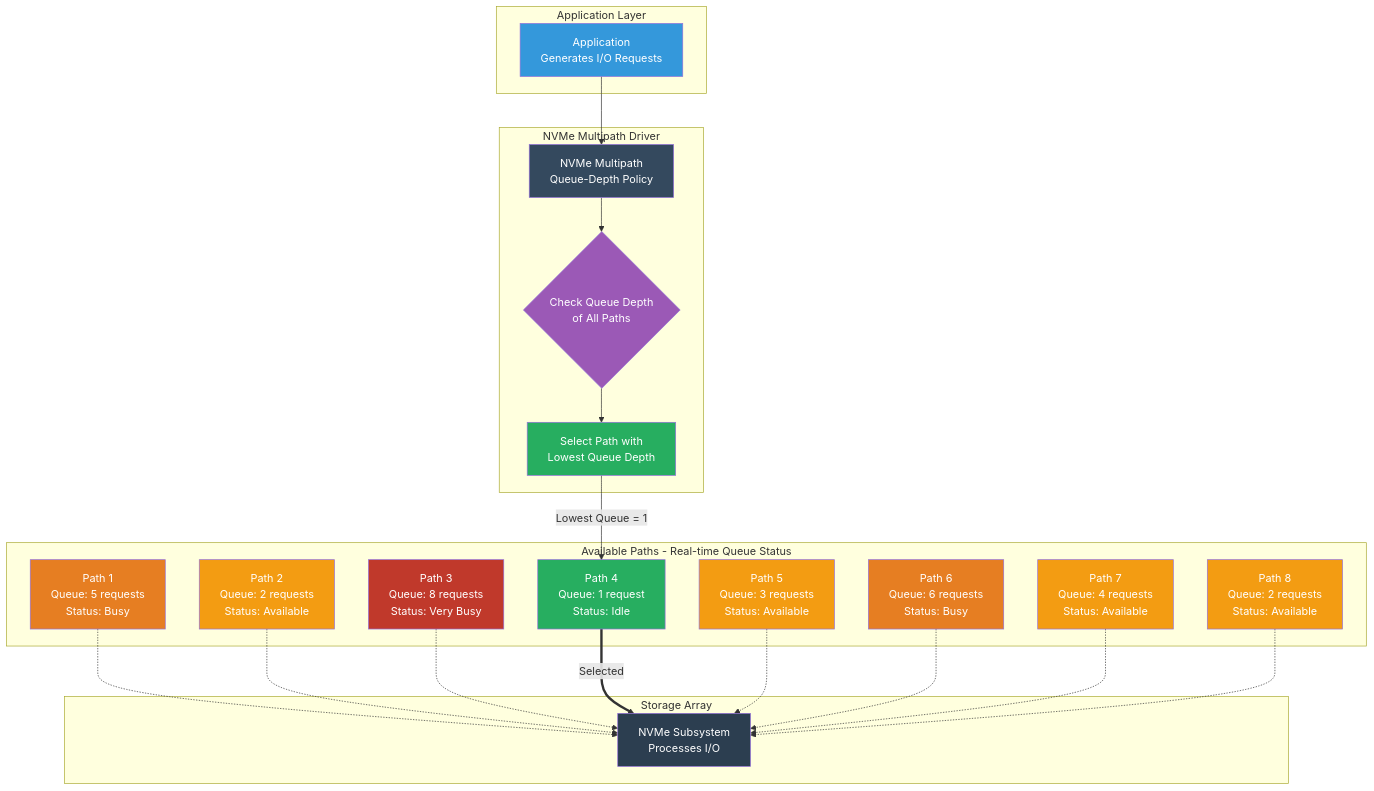
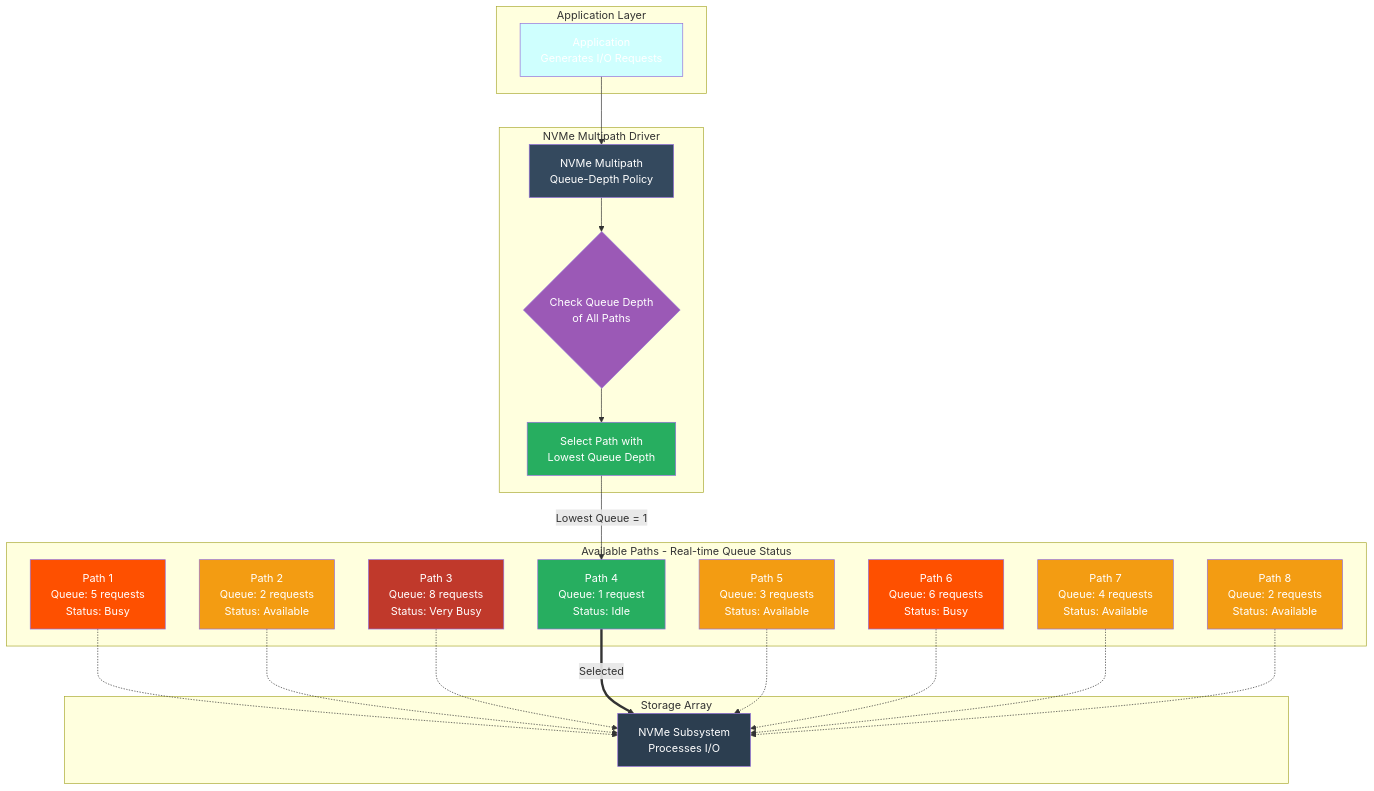
One commit to khensler/Quickstart-Guides changed the fifth of 8 diagrams in Proxmox/nvme-tcp/BEST-PRACTICES.md. Above: the diagram before and after it, drawn with Mermaid. The commit also changed other lines of this file, not shown here.

````diff
--- a/Proxmox/nvme-tcp/BEST-PRACTICES.md
+++ b/Proxmox/nvme-tcp/BEST-PRACTICES.md
@@ -508,55 +508,55 @@
 ```mermaid
 graph TB
     subgraph "Application Layer"
         APP[Application<br/>Generates I/O Requests]
     end
 
     subgraph "NVMe Multipath Driver"
         DRIVER[NVMe Multipath<br/>Queue-Depth Policy]
         CHECK{Check Queue Depth<br/>of All Paths}
         SELECT[Select Path with<br/>Lowest Queue Depth]
     end
 
     subgraph "Available Paths - Real-time Queue Status"
         PATH1[Path 1<br/>Queue: 5 requests<br/>Status: Busy]
         PATH2[Path 2<br/>Queue: 2 requests<br/>Status: Available]
         PATH3[Path 3<br/>Queue: 8 requests<br/>Status: Very Busy]
         PATH4[Path 4<br/>Queue: 1 request<br/>Status: Idle]
         PATH5[Path 5<br/>Queue: 3 requests<br/>Status: Available]
         PATH6[Path 6<br/>Queue: 6 requests<br/>Status: Busy]
         PATH7[Path 7<br/>Queue: 4 requests<br/>Status: Available]
         PATH8[Path 8<br/>Queue: 2 requests<br/>Status: Available]
     end
 
     subgraph "Storage Array"
         STORAGE[NVMe Subsystem<br/>Processes I/O]
     end
 
     APP --> DRIVER
     DRIVER --> CHECK
     CHECK --> SELECT
     SELECT -->|Lowest Queue = 1| PATH4
 
     PATH1 -.-> STORAGE
     PATH2 -.-> STORAGE
     PATH3 -.-> STORAGE
     PATH4 ==>|Selected| STORAGE
     PATH5 -.-> STORAGE
     PATH6 -.-> STORAGE
     PATH7 -.-> STORAGE
     PATH8 -.-> STORAGE
 
-    style APP fill:#3498db,color:#fff
+    style APP fill:#CFFFFE,color:#fff
     style DRIVER fill:#34495e,color:#fff
     style CHECK fill:#9b59b6,color:#fff
     style SELECT fill:#27ae60,color:#fff
-    style PATH1 fill:#e67e22,color:#fff
+    style PATH1 fill:#FE5000,color:#fff
     style PATH2 fill:#f39c12,color:#fff
     style PATH3 fill:#c0392b,color:#fff
     style PATH4 fill:#27ae60,color:#fff
     style PATH5 fill:#f39c12,color:#fff
-    style PATH6 fill:#e67e22,color:#fff
+    style PATH6 fill:#FE5000,color:#fff
     style PATH7 fill:#f39c12,color:#fff
     style PATH8 fill:#f39c12,color:#fff
     style STORAGE fill:#2c3e50,color:#fff
 ```
````
